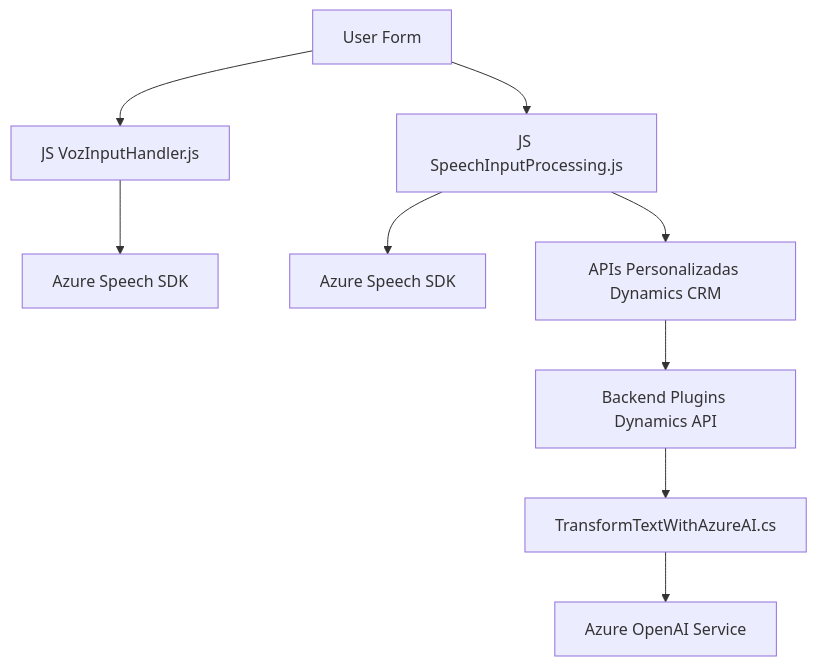
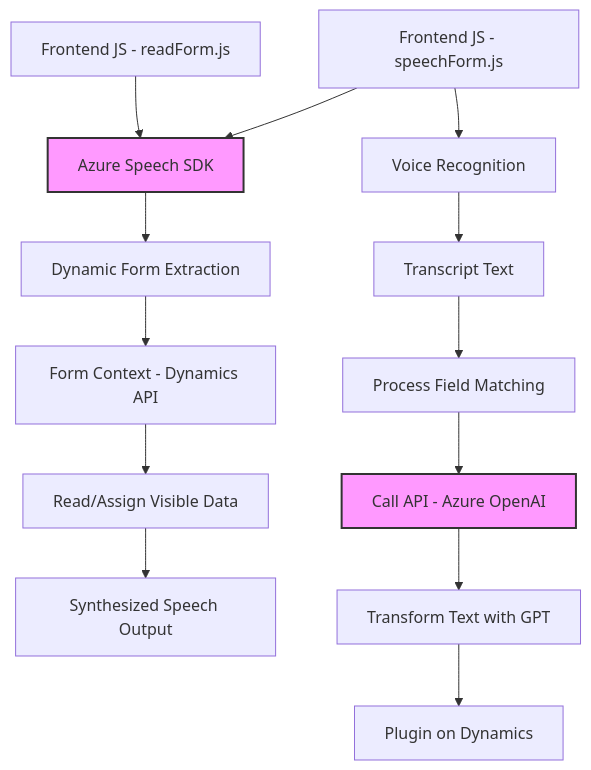
One commit to blopezdm/NETCORE_BILBAO2025 changed the diagram in README.md. Above: the diagram before and after it, drawn with Mermaid. The commit also changed other lines of this file, not shown here.

````diff
--- a/README.md
+++ b/README.md
@@ -56,11 +39,19 @@
 ```mermaid
 graph TD
-    A[User Form] --> B[JS VozInputHandler.js]
-    A --> C[JS SpeechInputProcessing.js]
-    B --> D["Azure Speech SDK"]
-    C --> E["Azure Speech SDK"]
-    C --> F["APIs Personalizadas Dynamics CRM"]
-    F --> G["Backend Plugins Dynamics API"]
-    G --> H["TransformTextWithAzureAI.cs"]
-    H --> I["Azure OpenAI Service"]
+    A["Frontend JS - readForm.js"] --> B["Azure Speech SDK"]
+    A1["Frontend JS - speechForm.js"] --> B
+    B --> C["Dynamic Form Extraction"]
+    C --> D["Form Context - Dynamics API"]
+    D --> E["Read/Assign Visible Data"]
+    E --> F["Synthesized Speech Output"]
+
+    A1 --> G["Voice Recognition"]
+    G --> H["Transcript Text"]
+    H --> I["Process Field Matching"]
+    I --> J["Call API - Azure OpenAI"]
+    J --> K["Transform Text with GPT"]
+    K --> L["Plugin on Dynamics"]
+
+    style B fill:#f9f,stroke:#333,stroke-width:2px
+    style J fill:#f9f,stroke:#333,stroke-width:2px
 ```
````
